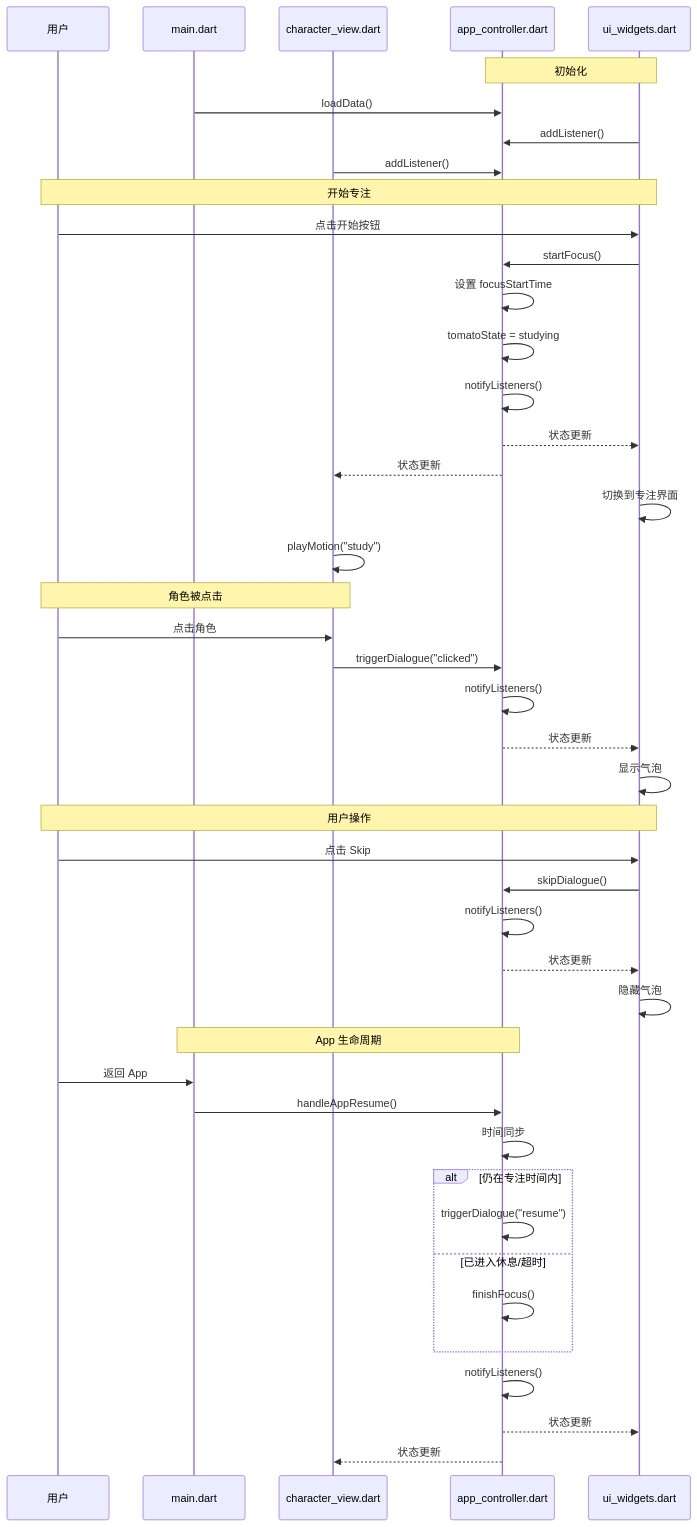
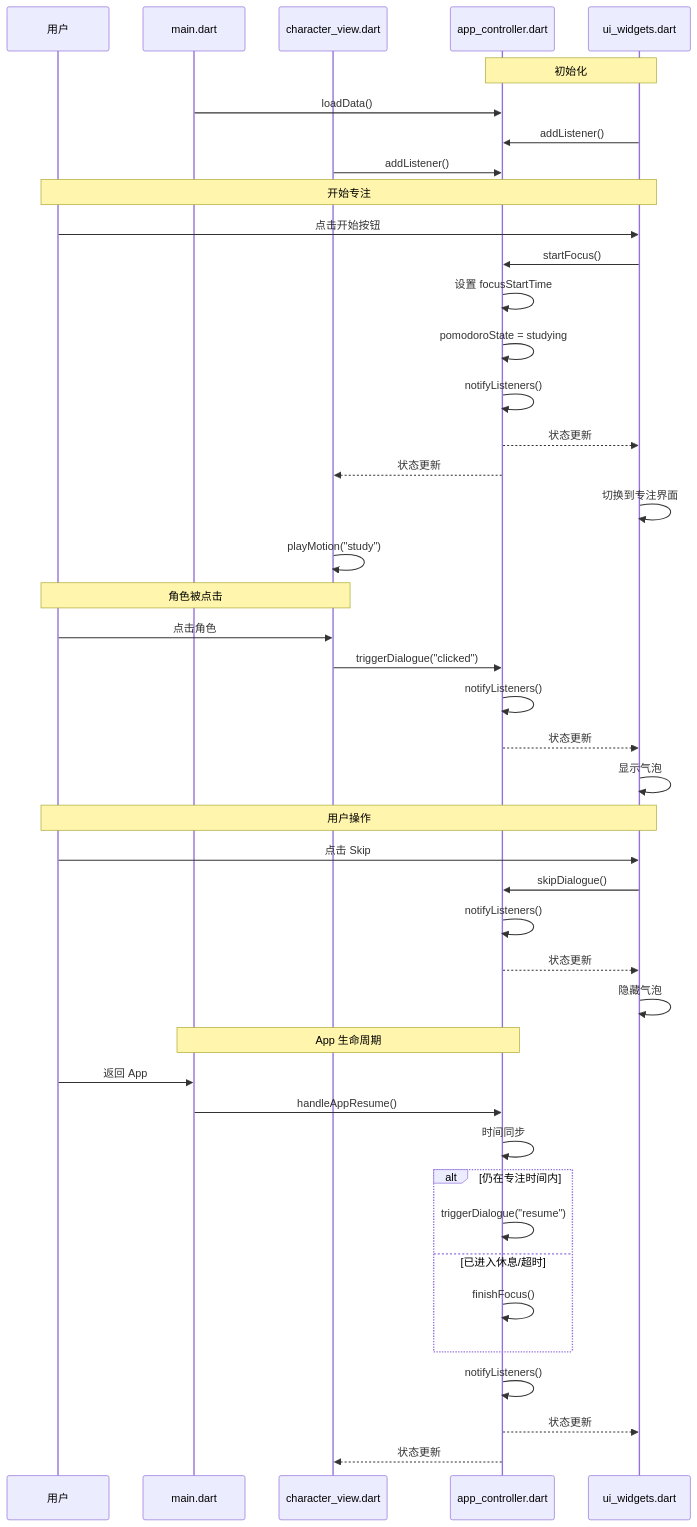
Before and after one commit to icode-chicken-hotpot-stew/MVP: the diagram in docs/talking_interface.md, drawn with Mermaid. The commit also changed other lines of this file and 12 other files, not shown here.

````diff
--- a/docs/talking_interface.md
+++ b/docs/talking_interface.md
@@ -352,51 +352,51 @@
 ```mermaid
 sequenceDiagram
     participant User as 用户
     participant Main as main.dart
     participant B as character_view.dart
     participant C as app_controller.dart
     participant D as ui_widgets.dart
 
     Note over C, D: 初始化
     Main->>C: loadData()
     D->>C: addListener()
     B->>C: addListener()
 
     Note over User, D: 开始专注
     User->>D: 点击开始按钮
     D->>C: startFocus()
     C->>C: 设置 focusStartTime
-    C->>C: tomatoState = studying
+    C->>C: pomodoroState = studying
     C->>C: notifyListeners()
     C-->>D: 状态更新
     C-->>B: 状态更新
     D->>D: 切换到专注界面
     B->>B: playMotion("study")
 
     Note over User, B: 角色被点击
     User->>B: 点击角色
     B->>C: triggerDialogue("clicked")
     C->>C: notifyListeners()
     C-->>D: 状态更新
     D->>D: 显示气泡
 
     Note over User, D: 用户操作
     User->>D: 点击 Skip
     D->>C: skipDialogue()
     C->>C: notifyListeners()
     C-->>D: 状态更新
     D->>D: 隐藏气泡
 
     Note over Main, C: App 生命周期
     User->>Main: 返回 App
     Main->>C: handleAppResume()
     C->>C: 时间同步
     alt 仍在专注时间内
         C->>C: triggerDialogue("resume")
     else 已进入休息/超时
         C->>C: finishFocus()
     end
     C->>C: notifyListeners()
     C-->>D: 状态更新
     C-->>B: 状态更新
 ```
````
